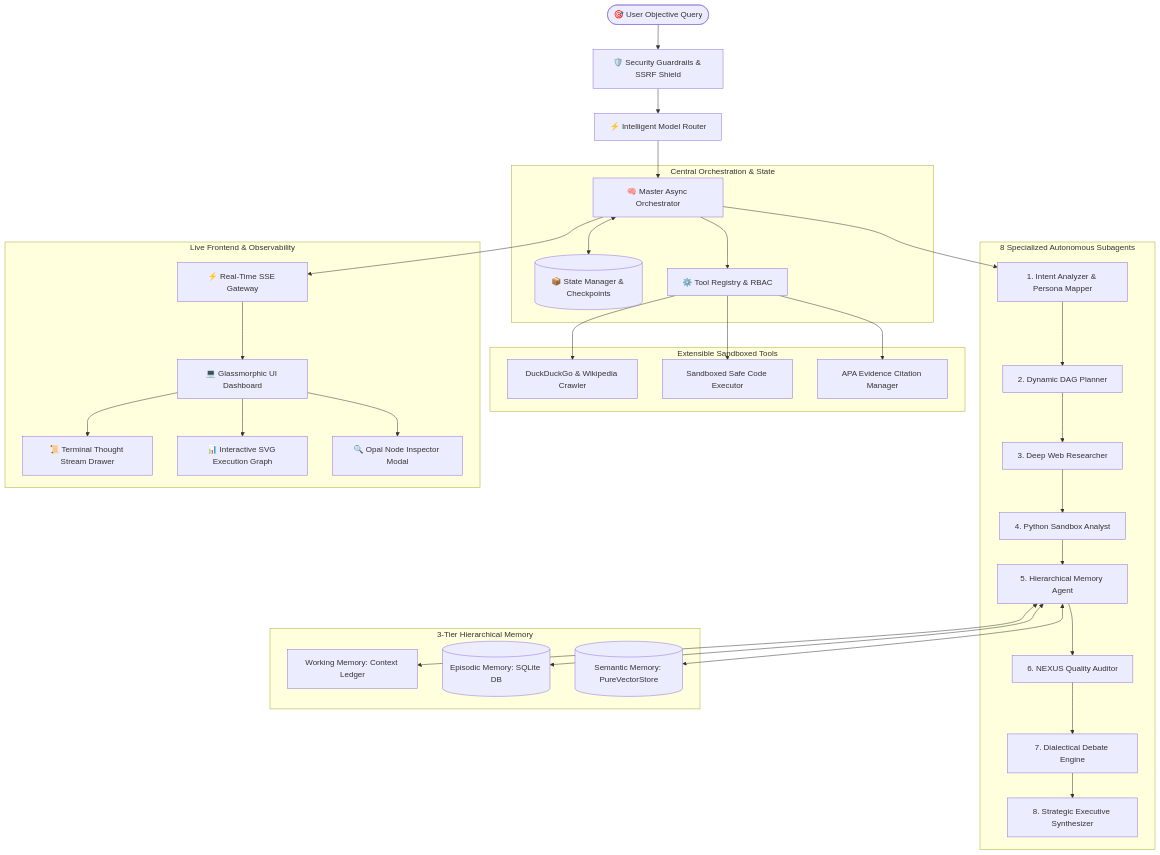
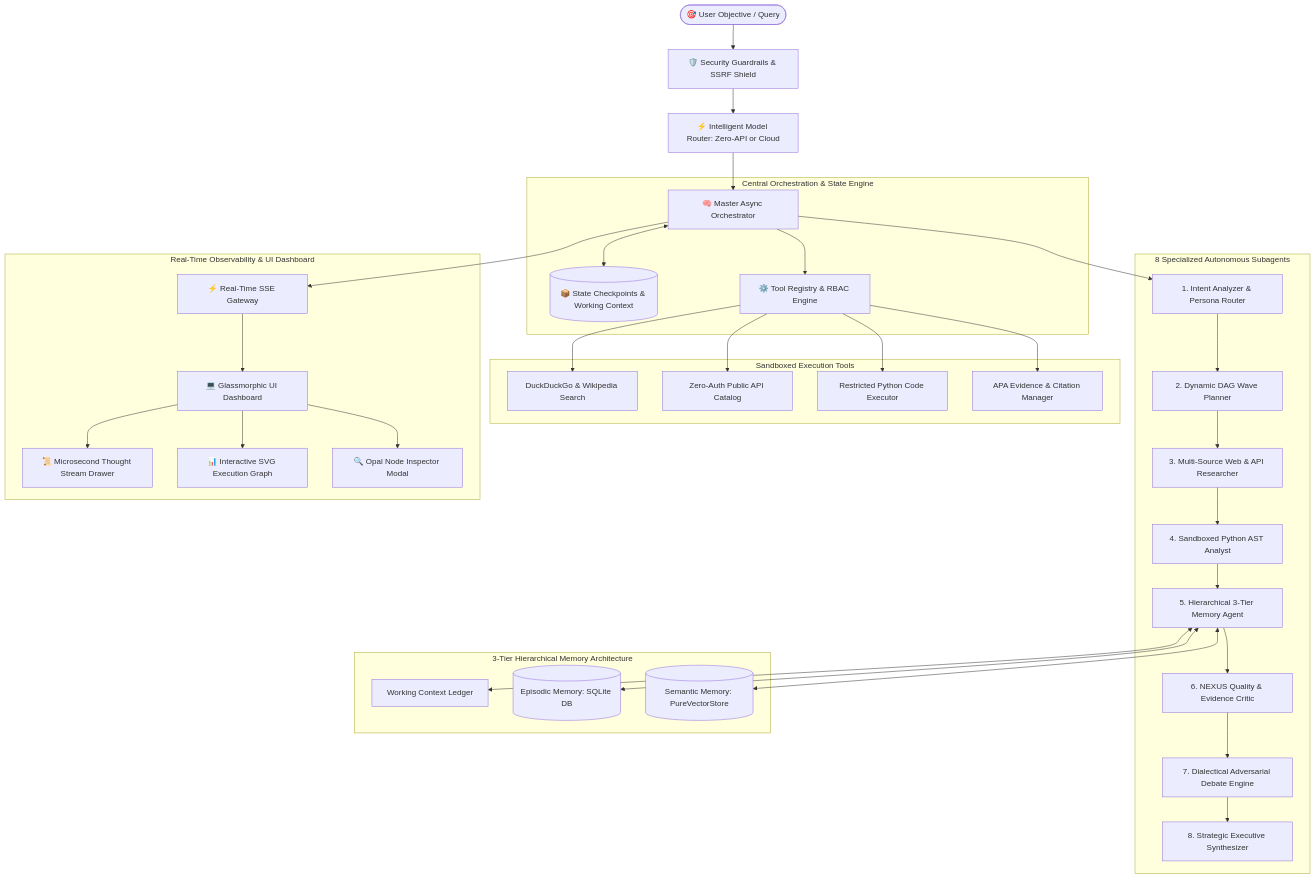
One commit to Akshitkumar23/NeuroWeave changed the diagram in README.md. Above: the diagram before and after it, drawn with Mermaid. The commit also changed other lines of this file and 5 other files, not shown here.

````diff
--- a/README.md
+++ b/README.md
@@ -25,69 +48,71 @@
 ```mermaid
-graph TD
-    User([🎯 User Objective Query]) --> Shield[🛡️ Security Guardrails & SSRF Shield]
-    Shield --> Router[⚡ Intelligent Model Router]
+flowchart TD
+    User([🎯 User Objective / Query]) --> Shield[🛡️ Security Guardrails & SSRF Shield]
+    Shield --> Router[⚡ Intelligent Model Router: Zero-API or Cloud]
     
-    subgraph "Central Orchestration & State"
+    subgraph Core ["Central Orchestration & State Engine"]
         Orchestrator[🧠 Master Async Orchestrator]
-        StateMgr[(📦 State Manager & Checkpoints)]
-        ToolRegistry[⚙️ Tool Registry & RBAC]
+        StateMgr[(📦 State Checkpoints & Working Context)]
+        ToolRegistry[⚙️ Tool Registry & RBAC Engine]
     end
     
     Router --> Orchestrator
     Orchestrator <--> StateMgr
     Orchestrator --> ToolRegistry
     
-    subgraph "8 Specialized Autonomous Subagents"
-        Intent[1. Intent Analyzer & Persona Mapper]
-        Planner[2. Dynamic DAG Planner]
-        Researcher[3. Deep Web Researcher]
-        Analyzer[4. Python Sandbox Analyst]
-        MemoryAgent[5. Hierarchical Memory Agent]
-        Critic[6. NEXUS Quality Auditor]
-        Debate[7. Dialectical Debate Engine]
-        Synthesizer[8. Strategic Executive Synthesizer]
+    subgraph Pipeline ["8 Specialized Autonomous Subagents"]
+        A1[1. Intent Analyzer & Persona Router]
+        A2[2. Dynamic DAG Wave Planner]
+        A3[3. Multi-Source Web & API Researcher]
+        A4[4. Sandboxed Python AST Analyst]
+        A5[5. Hierarchical 3-Tier Memory Agent]
+        A6[6. NEXUS Quality & Evidence Critic]
+        A7[7. Dialectical Adversarial Debate Engine]
+        A8[8. Strategic Executive Synthesizer]
     end
     
-    Orchestrator --> Intent
-    Intent --> Planner
-    Planner --> Researcher
-    Researcher --> Analyzer
-    Analyzer --> MemoryAgent
-    MemoryAgent --> Critic
-    Critic --> Debate
-    Debate --> Synthesizer
+    Orchestrator --> A1
+    A1 --> A2
+    A2 --> A3
+    A3 --> A4
+    A4 --> A5
+    A5 --> A6
+    A6 --> A7
+    A7 --> A8
     
-    subgraph "3-Tier Hierarchical Memory"
-        WM[Working Memory: Context Ledger]
+    subgraph Memory ["3-Tier Hierarchical Memory Architecture"]
+        WM[Working Context Ledger]
         EM[(Episodic Memory: SQLite DB)]
         SM[(Semantic Memory: PureVectorStore)]
     end
     
-    MemoryAgent <--> WM
-    MemoryAgent <--> EM
-    MemoryAgent <--> SM
+    A5 <--> WM
+    A5 <--> EM
+    A5 <--> SM
 
-    subgraph "Extensible Sandboxed Tools"
-        WebSearch[DuckDuckGo & Wikipedia Crawler]
-        Sandbox[Sandboxed Safe Code Executor]
-        CitationMgr[APA Evidence Citation Manager]
+    subgraph Tools ["Sandboxed Execution Tools"]
+        DuckDuckGo[DuckDuckGo & Wikipedia Search]
+        PublicAPIs[Zero-Auth Public API Catalog]
+        ASTSandbox[Restricted Python Code Executor]
+        Citations[APA Evidence & Citation Manager]
     end
     
-    ToolRegistry --> WebSearch
-    ToolRegistry --> Sandbox
-    ToolRegistry --> CitationMgr
+    ToolRegistry --> DuckDuckGo
+    ToolRegistry --> PublicAPIs
+    ToolRegistry --> ASTSandbox
+    ToolRegistry --> Citations
 
-    subgraph "Live Frontend & Observability"
+    subgraph Frontend ["Real-Time Observability & UI Dashboard"]
         SSE[⚡ Real-Time SSE Gateway]
         UI[💻 Glassmorphic UI Dashboard]
-        Logs[📜 Terminal Thought Stream Drawer]
+        Logs[📜 Microsecond Thought Stream Drawer]
         DAG[📊 Interactive SVG Execution Graph]
         Inspector[🔍 Opal Node Inspector Modal]
     end
     
     Orchestrator --> SSE
     SSE --> UI
     UI --> Logs
     UI --> DAG
     UI --> Inspector
 ```
````
